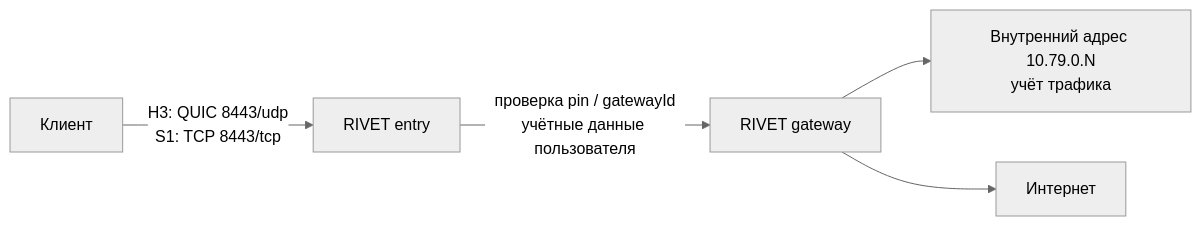
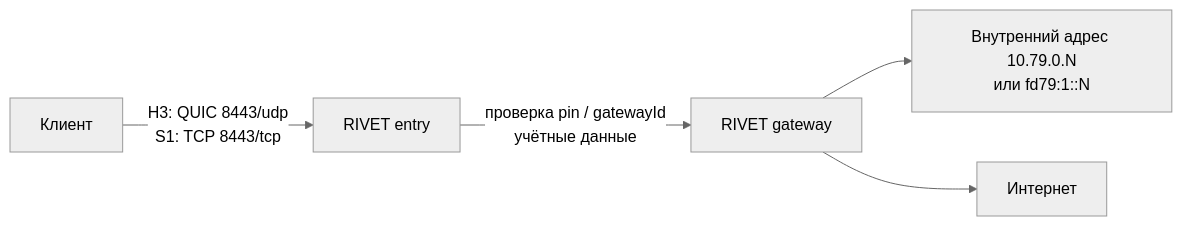
One commit to rukazax/xio_vpn changed the first of 3 diagrams in README.ru.md. Above: the diagram before and after it, drawn with Mermaid (neutral theme). The commit also changed other lines of this file and 9 other files, not shown here.

````diff
--- a/README.ru.md
+++ b/README.ru.md
@@ -122,7 +168,7 @@
 ```mermaid
 flowchart LR
   C["Клиент"] -->|"H3: QUIC 8443/udp<br/>S1: TCP 8443/tcp"| E["RIVET entry"]
-  E -->|"проверка pin / gatewayId<br/>учётные данные пользователя"| G["RIVET gateway"]
-  G --> IP["Внутренний адрес 10.79.0.N<br/>учёт трафика"]
+  E -->|"проверка pin / gatewayId<br/>учётные данные"| G["RIVET gateway"]
+  G --> IP["Внутренний адрес 10.79.0.N<br/>или fd79:1::N"]
   G --> NET["Интернет"]
 ```
````
